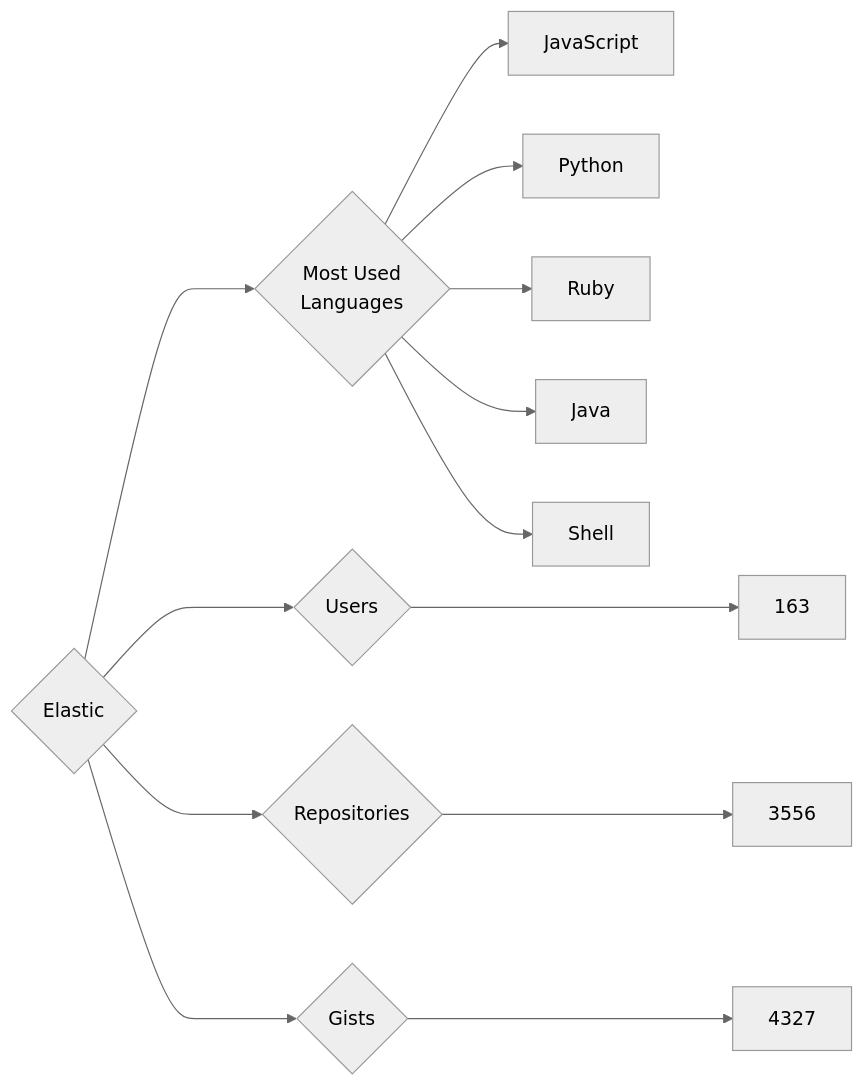
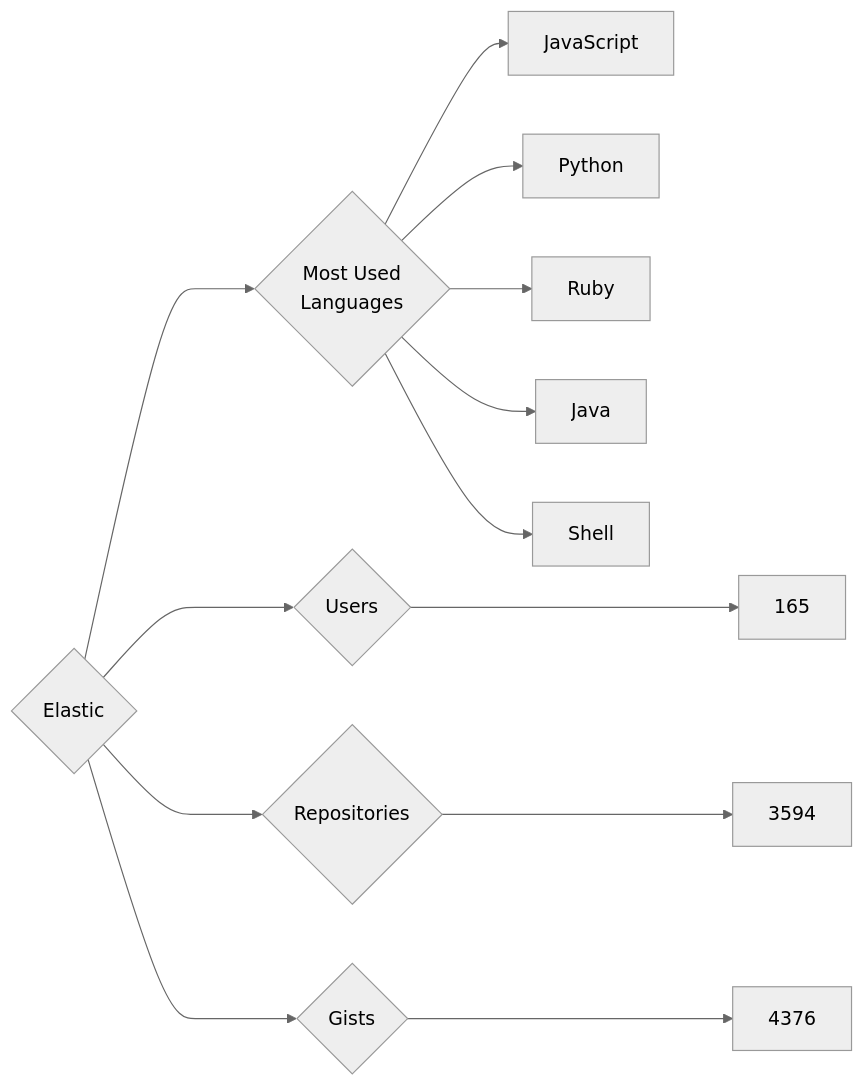
The diagram in targets/Elastic/README.md (trickest/insiders), drawn with Mermaid (neutral theme) before and after one commit. The commit also changed 814 other files, not shown here.

````diff
--- a/targets/Elastic/README.md
+++ b/targets/Elastic/README.md
@@ -3,13 +3,13 @@
 ```mermaid
 graph LR
 COMPANY_NAME{Elastic}
-COMPANY_NAME ---> U{Users} ---> UN[163]
-COMPANY_NAME ---> R{Repositories} ---> RN[3556]
-COMPANY_NAME ---> G{Gists} ---> GN[4327]
+COMPANY_NAME ---> U{Users} ---> UN[165]
+COMPANY_NAME ---> R{Repositories} ---> RN[3594]
+COMPANY_NAME ---> G{Gists} ---> GN[4376]
 COMPANY_NAME ---> ML{Most Used<br>Languages}
 ML --> JavaScript[JavaScript]
 ML --> Python[Python]
 ML --> Ruby[Ruby]
 ML --> Java[Java]
 ML --> Shell[Shell]
 ```
````
